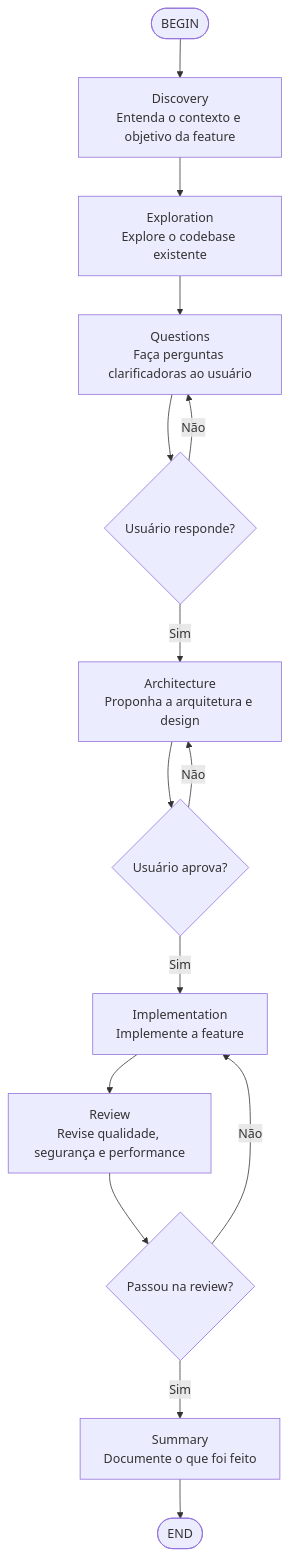
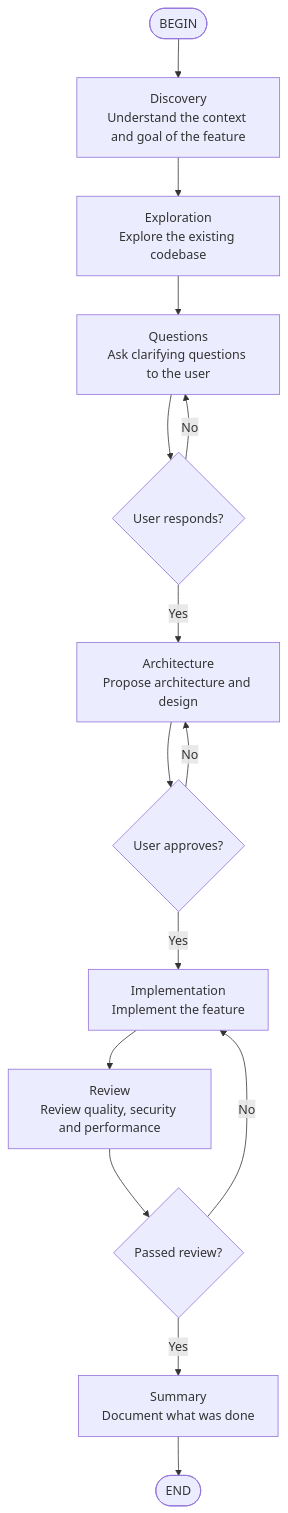
Before and after one commit to eduardoabreu81/everything-kimi-code: the diagram in skills/feature-dev/SKILL.md, drawn with Mermaid. The commit also changed other lines of this file and 8 other files, not shown here.

````diff
--- a/skills/feature-dev/SKILL.md
+++ b/skills/feature-dev/SKILL.md
@@ -11,17 +11,17 @@
 ```mermaid
 flowchart TD
-    A([BEGIN]) --> B[Discovery<br/>Entenda o contexto e objetivo da feature]
-    B --> C[Exploration<br/>Explore o codebase existente]
-    C --> D[Questions<br/>Faça perguntas clarificadoras ao usuário]
-    D --> E{Usuário responde?}
-    E -->|Sim| F[Architecture<br/>Proponha a arquitetura e design]
-    E -->|Não| D
-    F --> G{Usuário aprova?}
-    G -->|Sim| H[Implementation<br/>Implemente a feature]
-    G -->|Não| F
-    H --> I[Review<br/>Revise qualidade, segurança e performance]
-    I --> J{Passou na review?}
-    J -->|Não| H
-    J -->|Sim| K[Summary<br/>Documente o que foi feito]
+    A([BEGIN]) --> B[Discovery<br/>Understand the context and goal of the feature]
+    B --> C[Exploration<br/>Explore the existing codebase]
+    C --> D[Questions<br/>Ask clarifying questions to the user]
+    D --> E{User responds?}
+    E -->|Yes| F[Architecture<br/>Propose architecture and design]
+    E -->|No| D
+    F --> G{User approves?}
+    G -->|Yes| H[Implementation<br/>Implement the feature]
+    G -->|No| F
+    H --> I[Review<br/>Review quality, security and performance]
+    I --> J{Passed review?}
+    J -->|No| H
+    J -->|Yes| K[Summary<br/>Document what was done]
     K --> L([END])
 ```
````
